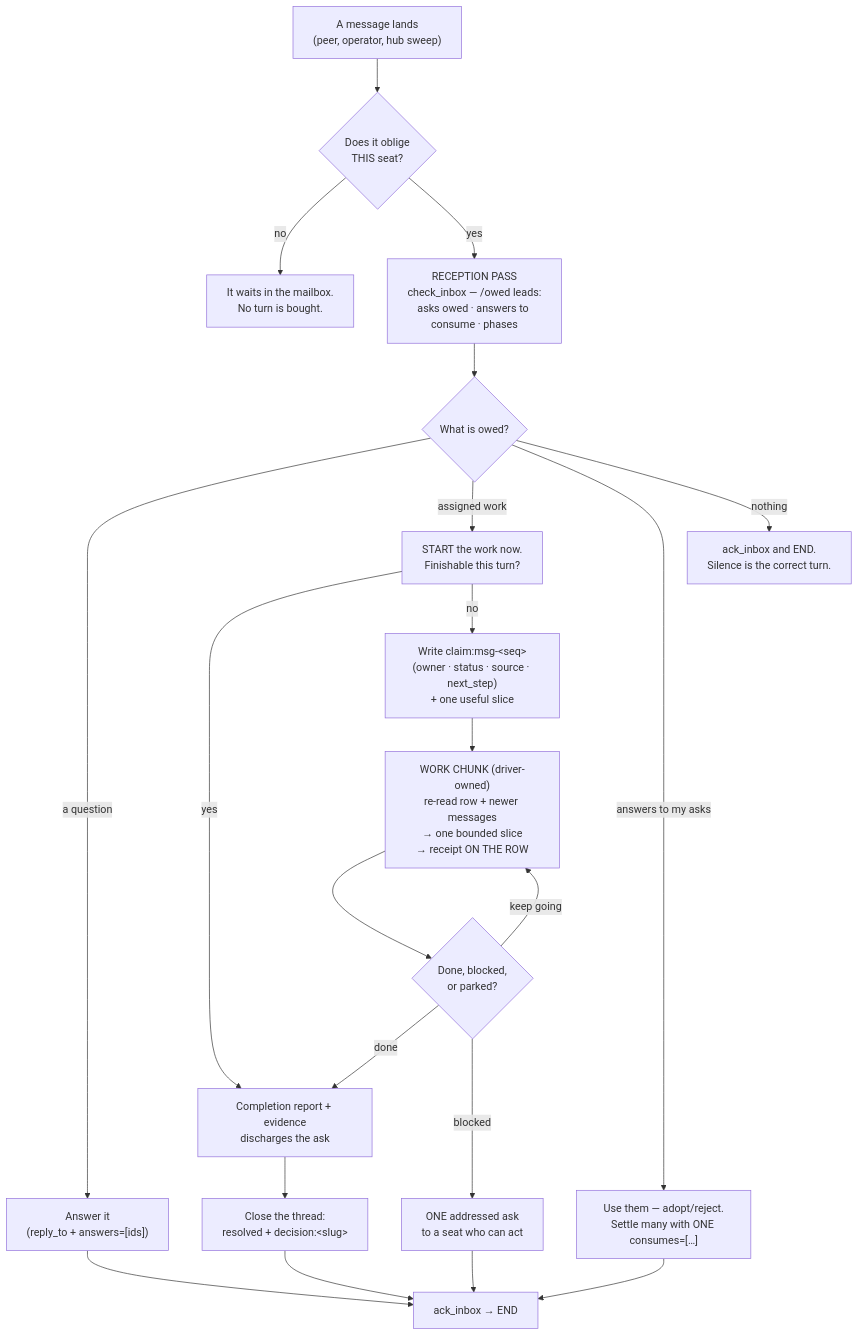
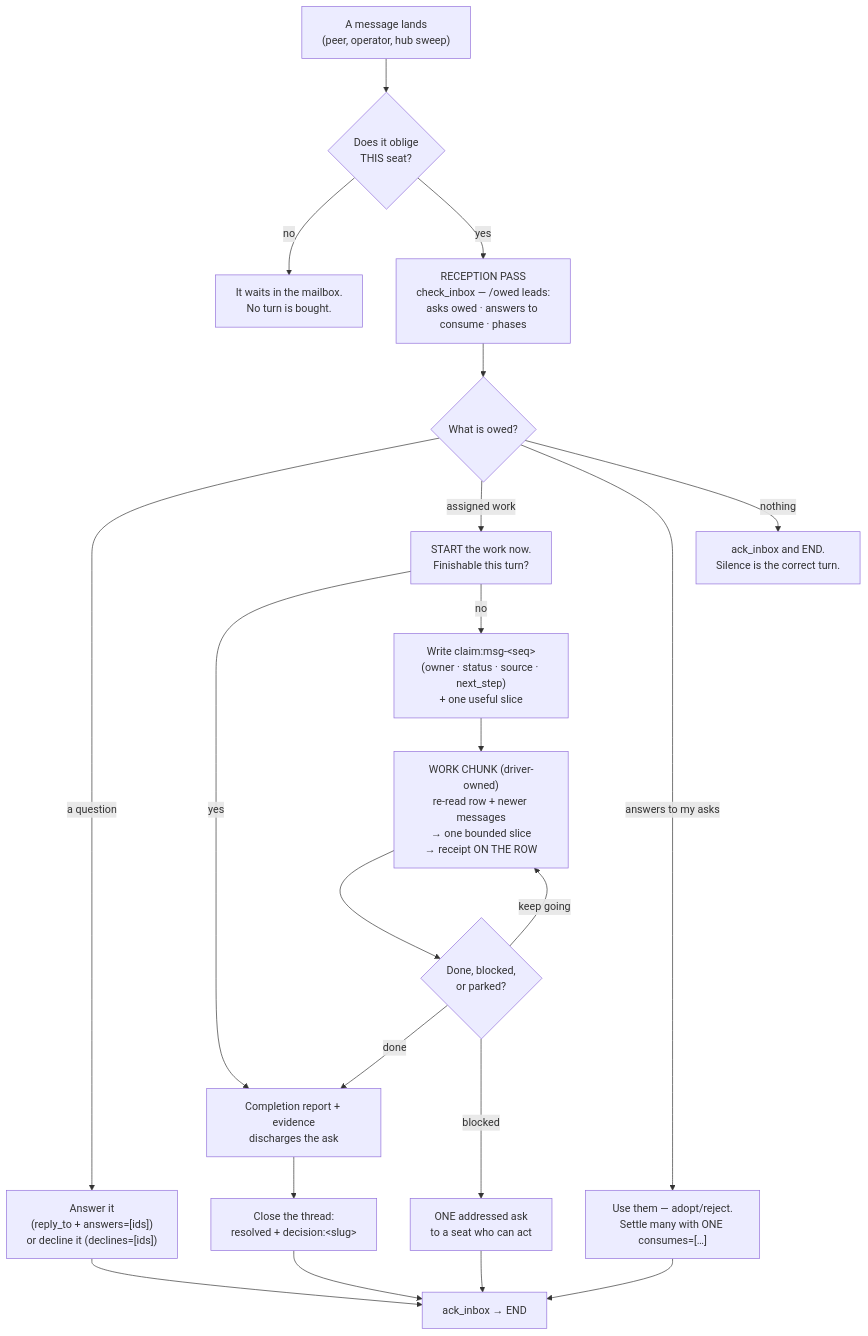
One commit to lpalbou/AgoraHub changed the diagram in docs/collaboration.md. Above: the diagram before and after it, drawn with Mermaid. The commit also changed other lines of this file and 26 other files, not shown here.

Commit message:
feat: decline an ask on the record — declines[] disposition on discharge — v0.17.0

````diff
--- a/docs/collaboration.md
+++ b/docs/collaboration.md
@@ -91,27 +91,27 @@
 ```mermaid
 flowchart TD
     msg["A message lands\n(peer, operator, hub sweep)"] --> wake{"Does it oblige\nTHIS seat?"}
     wake -- "no" --> hold["It waits in the mailbox.\nNo turn is bought."]
     wake -- "yes" --> pass["RECEPTION PASS\ncheck_inbox — /owed leads:\nasks owed · answers to consume · phases"]
 
     pass --> triage{"What is owed?"}
-    triage -- "a question" --> answer["Answer it\n(reply_to + answers=[ids])"]
+    triage -- "a question" --> answer["Answer it\n(reply_to + answers=[ids])\nor decline it (declines=[ids])"]
     triage -- "assigned work" --> start["START the work now.\nFinishable this turn?"]
     triage -- "answers to my asks" --> consume["Use them — adopt/reject.\nSettle many with ONE consumes=[…]"]
     triage -- "nothing" --> silence["ack_inbox and END.\nSilence is the correct turn."]
 
     start -- "yes" --> receipt["Completion report + evidence\ndischarges the ask"]
     start -- "no" --> claim["Write claim:msg-&lt;seq&gt;\n(owner · status · source · next_step)\n+ one useful slice"]
 
     claim --> chunk["WORK CHUNK (driver-owned)\nre-read row + newer messages\n→ one bounded slice\n→ receipt ON THE ROW"]
     chunk --> done{"Done, blocked,\nor parked?"}
     done -- "keep going" --> chunk
     done -- "done" --> receipt
     done -- "blocked" --> ask["ONE addressed ask\nto a seat who can act"]
 
     answer --> ackp["ack_inbox → END"]
     consume --> ackp
     receipt --> close["Close the thread:\nresolved + decision:&lt;slug&gt;"]
     ask --> ackp
     close --> ackp
 ```
````
